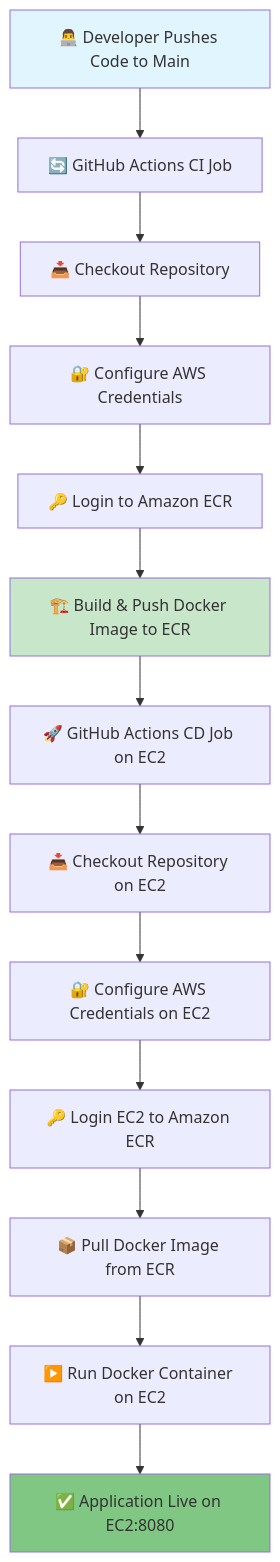
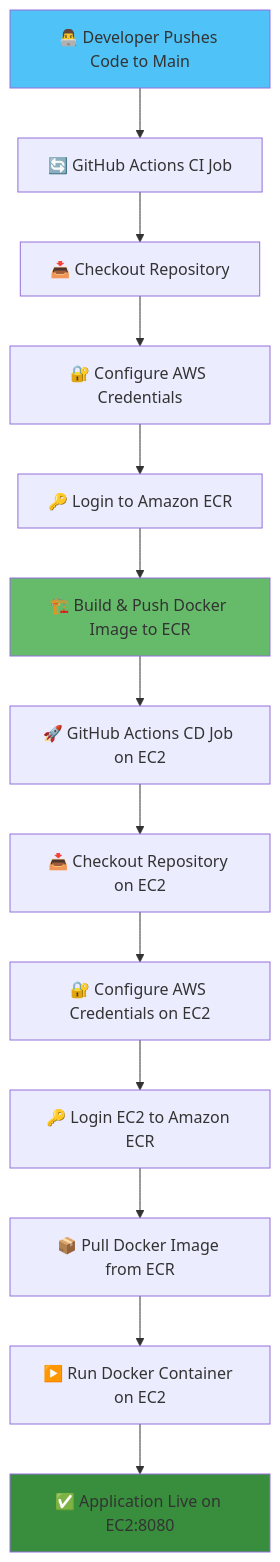
One commit to SwastikIIIT/Medical_RAG changed the diagram in Readme.md. Above: the diagram before and after it, drawn with Mermaid. The commit also changed other lines of this file, not shown here.

````diff
--- a/Readme.md
+++ b/Readme.md
@@ -181,19 +177,19 @@
 ```mermaid
 flowchart TD
     A[👨‍💻 Developer Pushes Code to Main] --> B[🔄 GitHub Actions CI Job]
     B --> C[📥 Checkout Repository]
     C --> D[🔐 Configure AWS Credentials]
     D --> E[🔑 Login to Amazon ECR]
     E --> F[🏗️ Build & Push Docker Image to ECR]
     F --> G[🚀 GitHub Actions CD Job on EC2]
     G --> H[📥 Checkout Repository on EC2]
     H --> I[🔐 Configure AWS Credentials on EC2]
     I --> J[🔑 Login EC2 to Amazon ECR]
     J --> K[📦 Pull Docker Image from ECR]
     K --> L[▶️ Run Docker Container on EC2]
     L --> M[✅ Application Live on EC2:8080]
     
-    style A fill:#e1f5ff
-    style F fill:#c8e6c9
-    style M fill:#81c784
+    style A fill:#4fc3f7
+    style F fill:#66bb6a
+    style M fill:#388e3c
 ```
````
